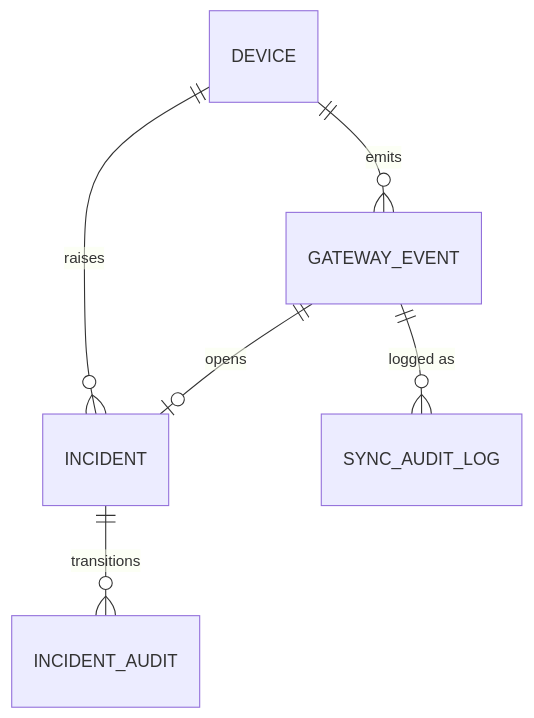
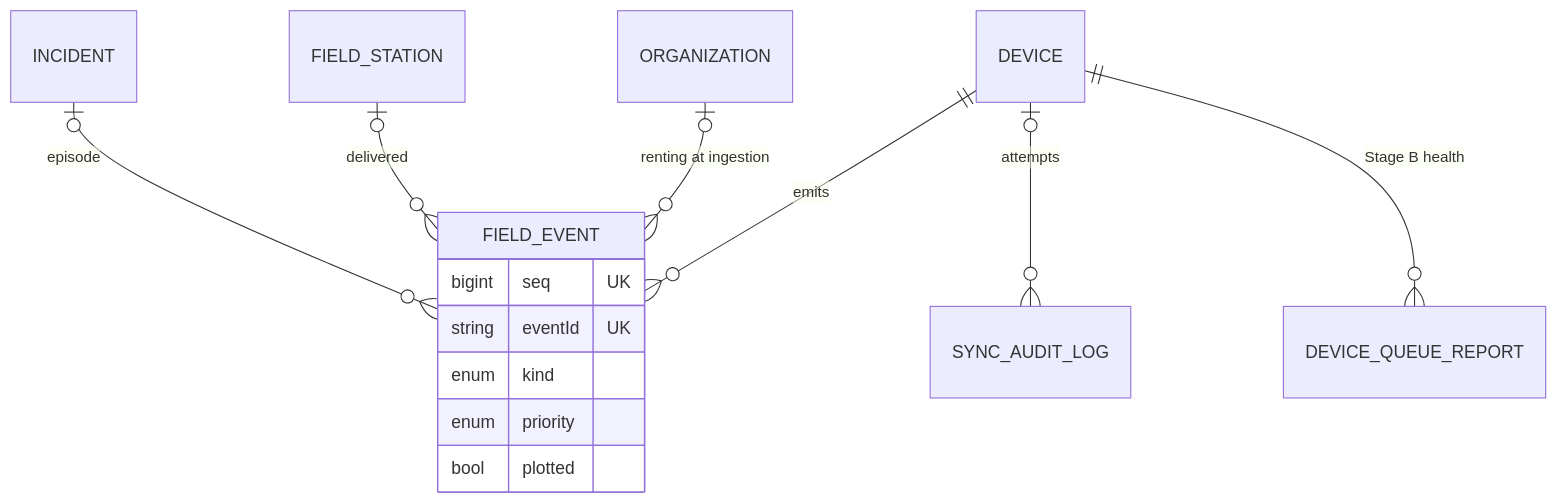
Before and after one commit to TrekLink-Team/treklink-web: the first of 3 diagrams in specs/gateway-sync/design.md, drawn with Mermaid. The commit also changed other lines of this file and 367 other files, not shown here.

First line of the commit message:
docs: rewrite the module specs and schema from the rescoped SRS

````diff
--- a/specs/gateway-sync/design.md
+++ b/specs/gateway-sync/design.md
@@ -98,8 +11,16 @@
 ```mermaid
 erDiagram
-    DEVICE ||--o{ GATEWAY_EVENT : "emits"
-    DEVICE ||--o{ INCIDENT : "raises"
-    GATEWAY_EVENT ||--o| INCIDENT : "opens"
-    GATEWAY_EVENT ||--o{ SYNC_AUDIT_LOG : "logged as"
-    INCIDENT ||--o{ INCIDENT_AUDIT : "transitions"
+    DEVICE ||--o{ FIELD_EVENT : "emits"
+    ORGANIZATION |o--o{ FIELD_EVENT : "renting at ingestion"
+    FIELD_STATION |o--o{ FIELD_EVENT : "delivered"
+    INCIDENT |o--o{ FIELD_EVENT : "episode"
+    DEVICE |o--o{ SYNC_AUDIT_LOG : "attempts"
+    DEVICE ||--o{ DEVICE_QUEUE_REPORT : "Stage B health"
+    FIELD_EVENT {
+        bigint seq UK
+        string eventId UK
+        enum kind
+        enum priority
+        bool plotted
+    }
 ```
````
